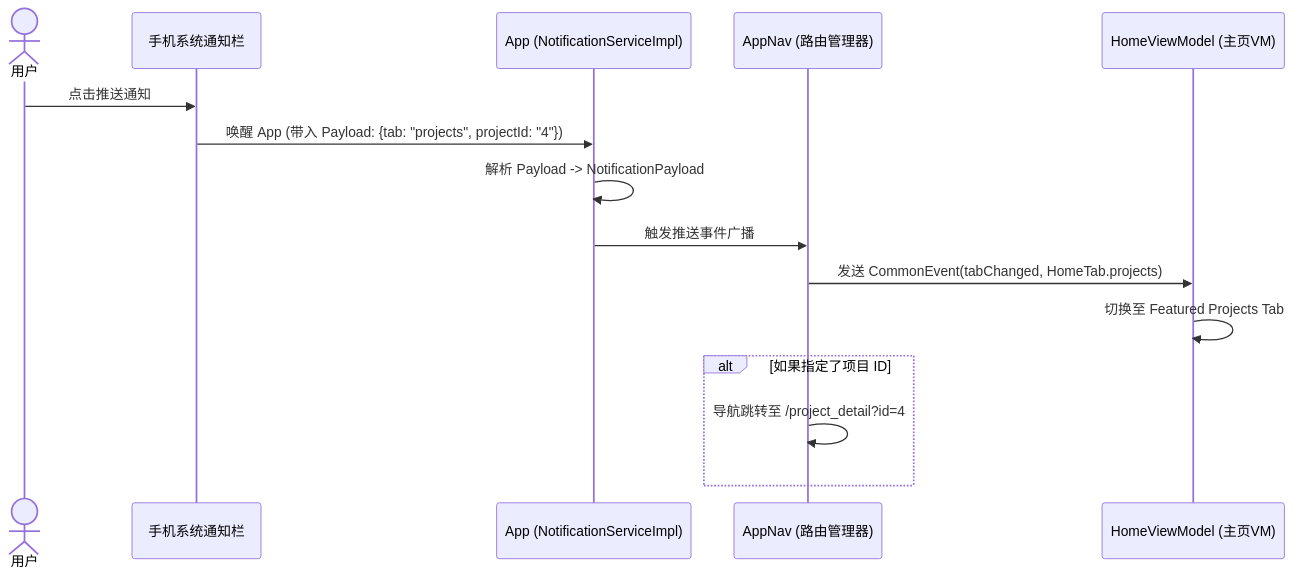
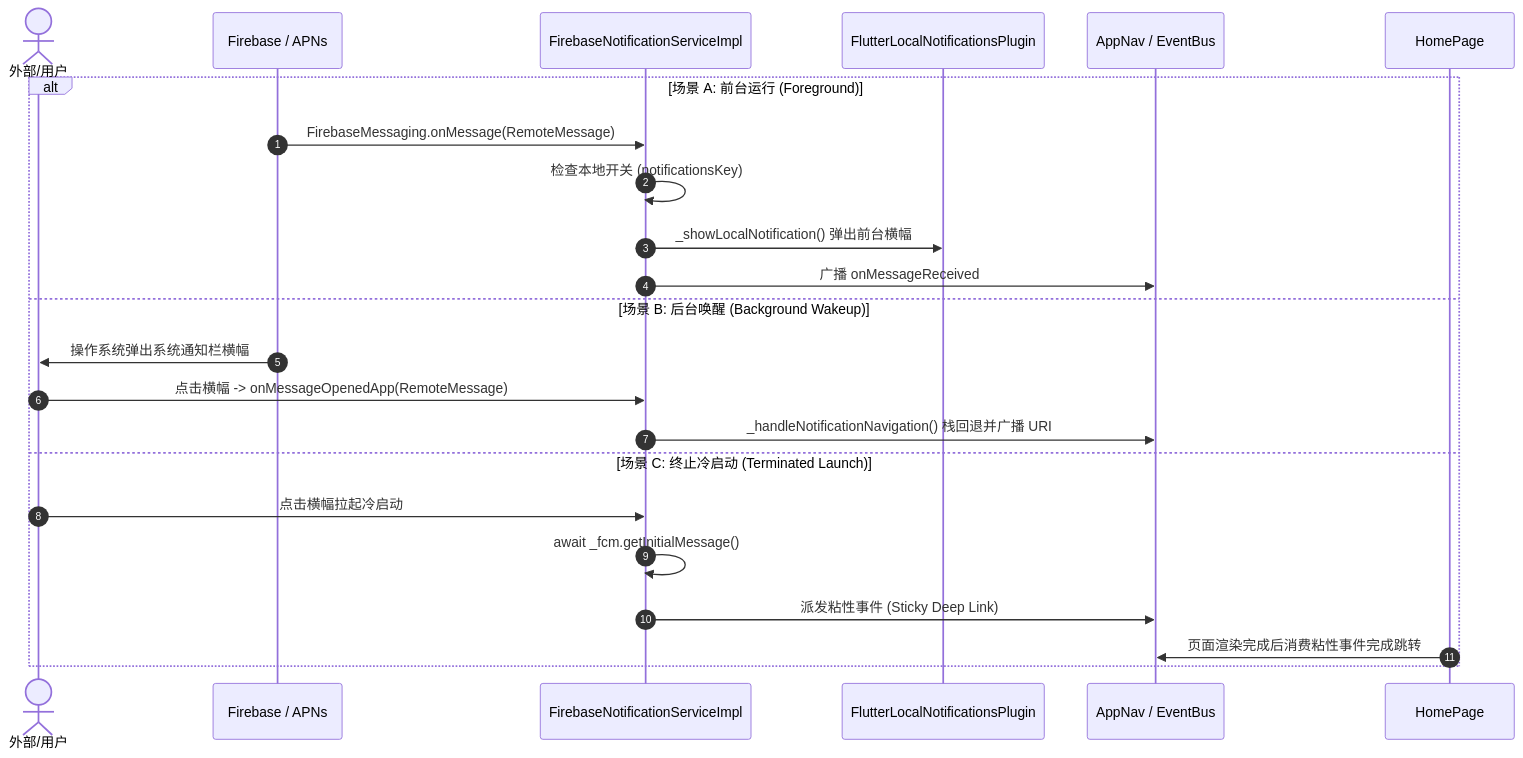
Before and after one commit to listen2code/ListenPortfolioFlutter: the second of 2 diagrams in docs/push_notification_specification.md, drawn with Mermaid. The commit also changed other lines of this file and 125 other files, not shown here.

First line of the commit message:
docs & chore: calibrate architecture documentation and add detailed English code comments

````diff
--- a/docs/push_notification_specification.md
+++ b/docs/push_notification_specification.md
@@ -391,18 +167,26 @@
 ```mermaid
 sequenceDiagram
-    actor User as 用户
-    participant OS as 手机系统通知栏
-    participant App as App (NotificationServiceImpl)
-    participant Nav as AppNav (路由管理器)
-    participant HomeVM as HomeViewModel (主页VM)
+    autonumber
+    actor User as 外部/用户
+    participant FCM as Firebase / APNs
+    participant Service as FirebaseNotificationServiceImpl
+    participant Local as FlutterLocalNotificationsPlugin
+    participant Nav as AppNav / EventBus
+    participant Home as HomePage
 
-    User->>OS: 点击推送通知
-    OS->>App: 唤醒 App (带入 Payload: {tab: "projects", projectId: "4"})
-    App->>App: 解析 Payload -> NotificationPayload
-    App->>Nav: 触发推送事件广播
-    Nav->>HomeVM: 发送 CommonEvent(tabChanged, HomeTab.projects)
-    HomeVM->>HomeVM: 切换至 Featured Projects Tab
-    alt 如果指定了项目 ID
-        Nav->>Nav: 导航跳转至 /project_detail?id=4
+    alt 场景 A: 前台运行 (Foreground)
+        FCM->>Service: FirebaseMessaging.onMessage(RemoteMessage)
+        Service->>Service: 检查本地开关 (notificationsKey)
+        Service->>Local: _showLocalNotification() 弹出前台横幅
+        Service->>Nav: 广播 onMessageReceived
+    else 场景 B: 后台唤醒 (Background Wakeup)
+        FCM->>User: 操作系统弹出系统通知栏横幅
+        User->>Service: 点击横幅 -> onMessageOpenedApp(RemoteMessage)
+        Service->>Nav: _handleNotificationNavigation() 栈回退并广播 URI
+    else 场景 C: 终止冷启动 (Terminated Launch)
+        User->>Service: 点击横幅拉起冷启动
+        Service->>Service: await _fcm.getInitialMessage()
+        Service->>Nav: 派发粘性事件 (Sticky Deep Link)
+        Home->>Nav: 页面渲染完成后消费粘性事件完成跳转
     end
 ```
````
